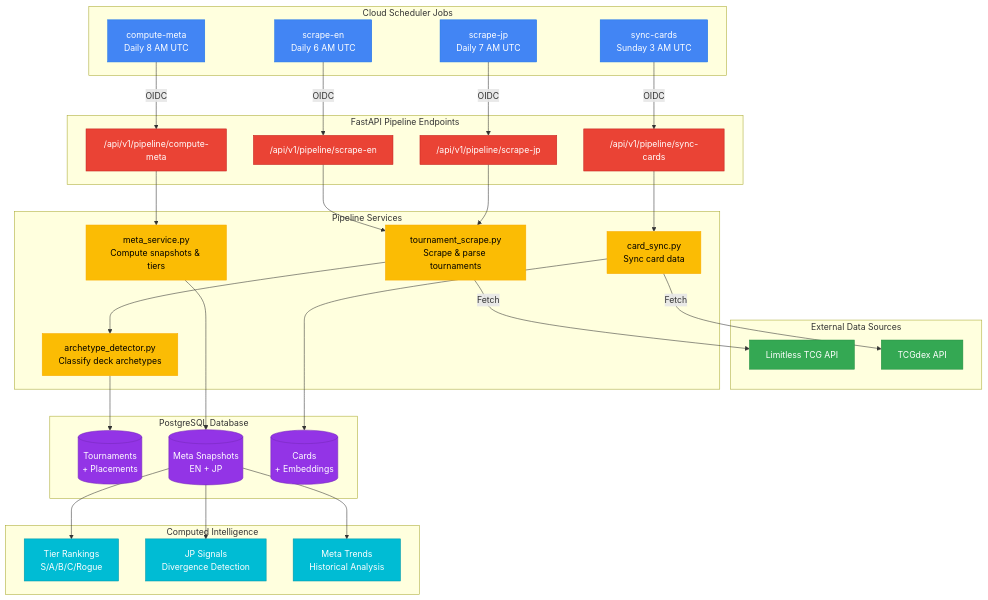
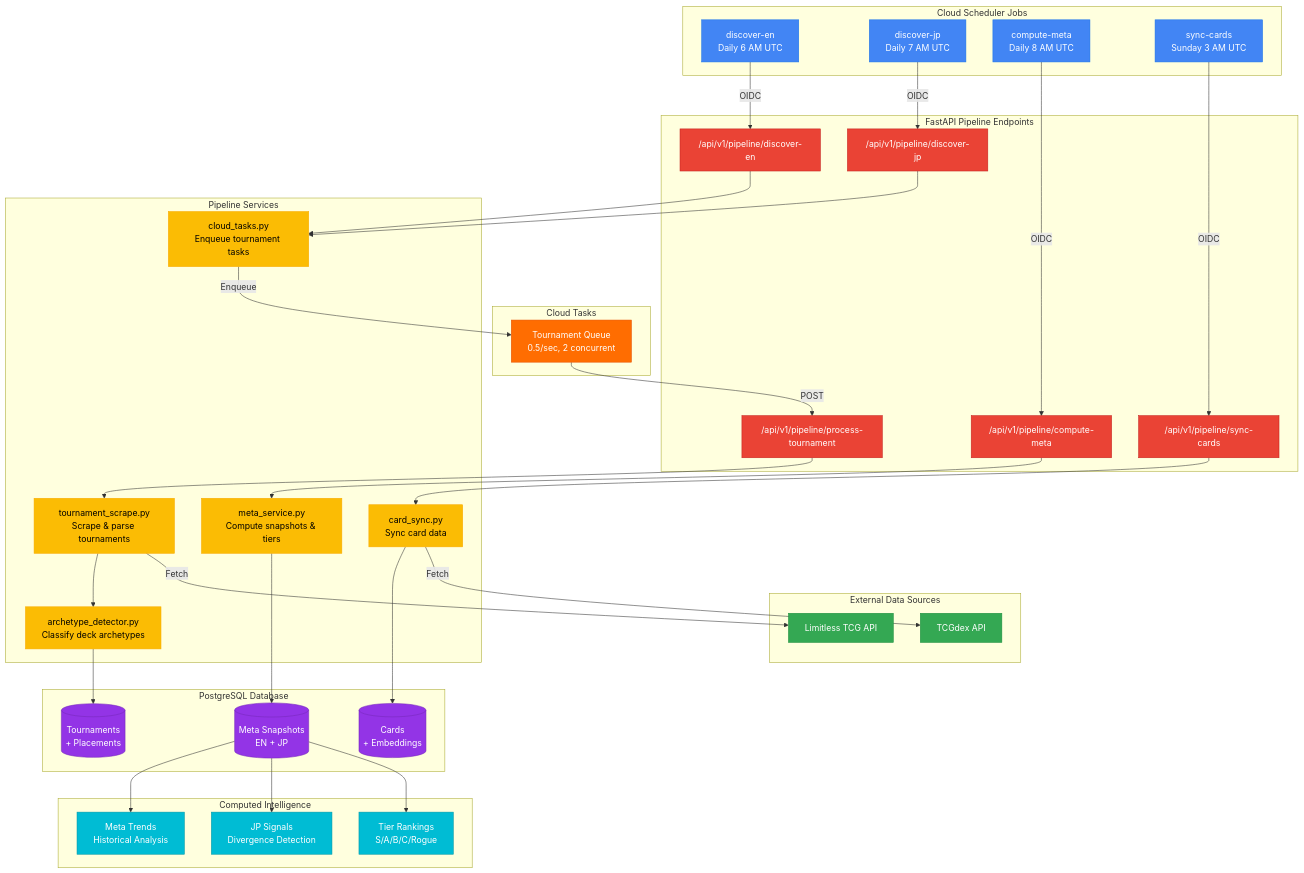
Before and after one commit to dtsong/trainerlab: the diagram in docs/architecture/DATA_PIPELINE.md, drawn with Mermaid. The commit also changed other lines of this file and 6 other files, not shown here.

Commit message:
docs: update architecture diagrams and fix stale Firebase/status references

````diff
--- a/docs/architecture/DATA_PIPELINE.md
+++ b/docs/architecture/DATA_PIPELINE.md
@@ -11,8 +11,8 @@
 ```mermaid
 flowchart TB
     subgraph Scheduler["Cloud Scheduler Jobs"]
-        ScrapeEN["scrape-en<br/>Daily 6 AM UTC"]
-        ScrapeJP["scrape-jp<br/>Daily 7 AM UTC"]
+        DiscoverEN["discover-en<br/>Daily 6 AM UTC"]
+        DiscoverJP["discover-jp<br/>Daily 7 AM UTC"]
         ComputeMeta["compute-meta<br/>Daily 8 AM UTC"]
         SyncCards["sync-cards<br/>Sunday 3 AM UTC"]
     end
@@ -23,14 +23,20 @@
     end
 
     subgraph API["FastAPI Pipeline Endpoints"]
-        PipelineEN["/api/v1/pipeline/scrape-en"]
-        PipelineJP["/api/v1/pipeline/scrape-jp"]
+        PipelineEN["/api/v1/pipeline/discover-en"]
+        PipelineJP["/api/v1/pipeline/discover-jp"]
+        PipelineProcess["/api/v1/pipeline/process-tournament"]
         PipelineMeta["/api/v1/pipeline/compute-meta"]
         PipelineCards["/api/v1/pipeline/sync-cards"]
     end
 
+    subgraph Queue["Cloud Tasks"]
+        TaskQueue["Tournament Queue<br/>0.5/sec, 2 concurrent"]
+    end
+
     subgraph Services["Pipeline Services"]
         Scraper["tournament_scrape.py<br/>Scrape & parse tournaments"]
+        CloudTasksSvc["cloud_tasks.py<br/>Enqueue tournament tasks"]
         Archetype["archetype_detector.py<br/>Classify deck archetypes"]
         MetaCalc["meta_service.py<br/>Compute snapshots & tiers"]
         CardSync["card_sync.py<br/>Sync card data"]
@@ -48,15 +54,22 @@
         Trends["Meta Trends<br/>Historical Analysis"]
     end
 
-    %% Scheduler to API
-    ScrapeEN -->|"OIDC"| PipelineEN
-    ScrapeJP -->|"OIDC"| PipelineJP
+    %% Scheduler to API (Phase 1: Discovery)
+    DiscoverEN -->|"OIDC"| PipelineEN
+    DiscoverJP -->|"OIDC"| PipelineJP
     ComputeMeta -->|"OIDC"| PipelineMeta
     SyncCards -->|"OIDC"| PipelineCards
 
-    %% API to Services
-    PipelineEN --> Scraper
-    PipelineJP --> Scraper
+    %% Discovery enqueues to Cloud Tasks
+    PipelineEN --> CloudTasksSvc
+    PipelineJP --> CloudTasksSvc
+    CloudTasksSvc -->|"Enqueue"| TaskQueue
+
+    %% Cloud Tasks triggers processing (Phase 2: Processing)
+    TaskQueue -->|"POST"| PipelineProcess
+    PipelineProcess --> Scraper
+
+    %% Other pipelines
     PipelineMeta --> MetaCalc
     PipelineCards --> CardSync
 
@@ -79,14 +92,16 @@
     classDef scheduler fill:#4285f4,stroke:#1a73e8,color:#fff
     classDef external fill:#34a853,stroke:#1e8e3e,color:#fff
     classDef api fill:#ea4335,stroke:#c5221f,color:#fff
+    classDef queue fill:#ff6d01,stroke:#e65100,color:#fff
     classDef service fill:#fbbc04,stroke:#f9ab00,color:#000
     classDef db fill:#9334e6,stroke:#7627bb,color:#fff
     classDef output fill:#00bcd4,stroke:#0097a7,color:#fff
 
-    class ScrapeEN,ScrapeJP,ComputeMeta,SyncCards scheduler
+    class DiscoverEN,DiscoverJP,ComputeMeta,SyncCards scheduler
     class Limitless,TCGdex external
-    class PipelineEN,PipelineJP,PipelineMeta,PipelineCards api
-    class Scraper,Archetype,MetaCalc,CardSync service
+    class PipelineEN,PipelineJP,PipelineProcess,PipelineMeta,PipelineCards api
+    class TaskQueue queue
+    class Scraper,CloudTasksSvc,Archetype,MetaCalc,CardSync service
     class Tournaments,MetaSnapshots,Cards db
     class Tiers,JPSignals,Trends output
 ```
````
